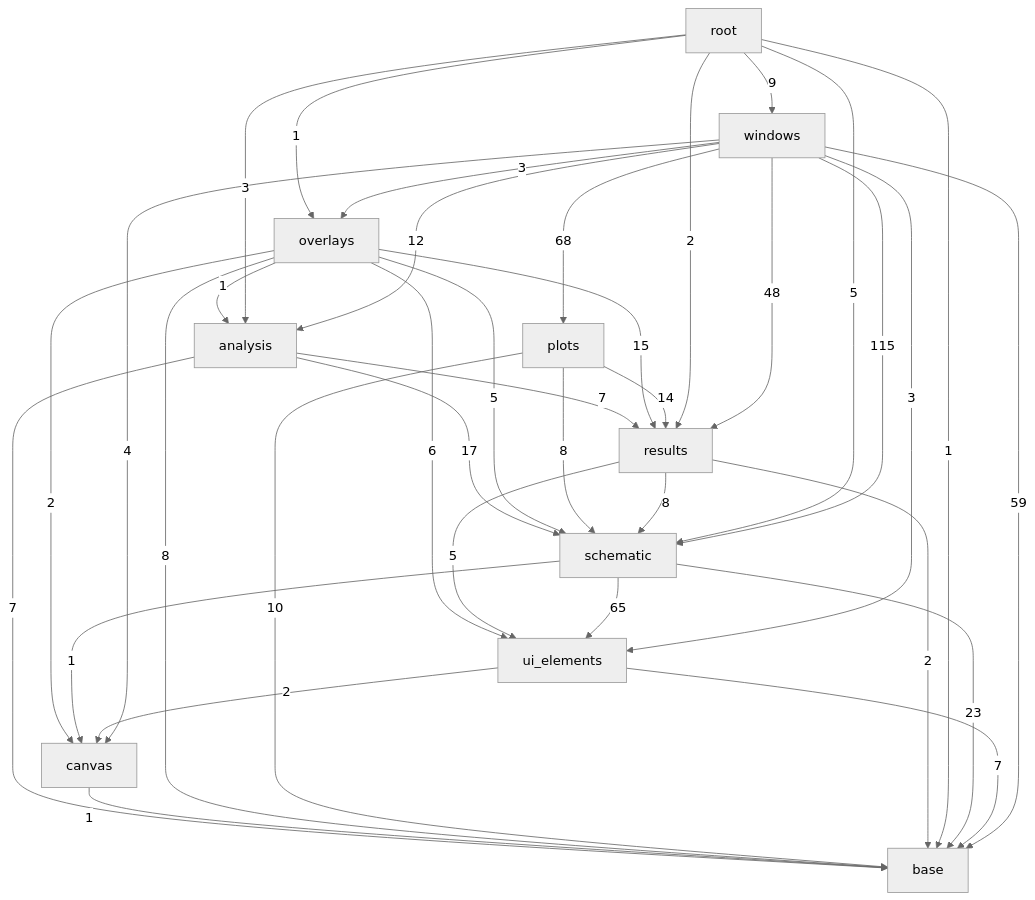
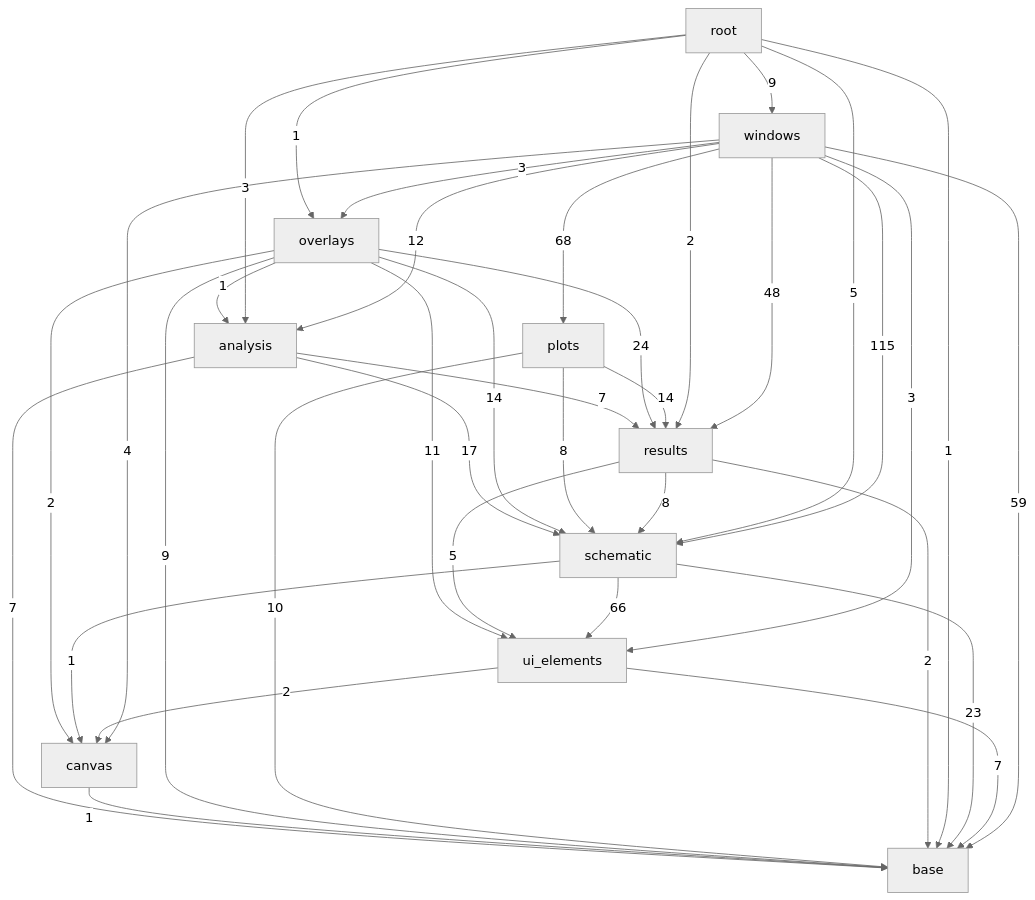
The third of 3 diagrams in docs/architecture.md (ronnymilleo/imcsim), drawn with Mermaid (neutral theme) before and after one commit. The commit also changed other lines of this file, not shown here.

Commit message:
Update the include diagram for the split overlays and symbol bases

````diff
--- a/docs/architecture.md
+++ b/docs/architecture.md
@@ -56,48 +56,48 @@
 ```mermaid
 flowchart TD
     app_gui_base[base]
     app_gui_canvas[canvas]
     app_gui_ui_elements[ui_elements]
     app_gui_schematic[schematic]
     app_gui_results[results]
     app_gui_analysis[analysis]
     app_gui_plots[plots]
     app_gui_overlays[overlays]
     app_gui_windows[windows]
     app_gui_root[root]
     app_gui_analysis -->|7| app_gui_base
     app_gui_analysis -->|7| app_gui_results
     app_gui_analysis -->|17| app_gui_schematic
     app_gui_canvas -->|1| app_gui_base
     app_gui_overlays -->|1| app_gui_analysis
-    app_gui_overlays -->|8| app_gui_base
+    app_gui_overlays -->|9| app_gui_base
     app_gui_overlays -->|2| app_gui_canvas
-    app_gui_overlays -->|15| app_gui_results
-    app_gui_overlays -->|5| app_gui_schematic
-    app_gui_overlays -->|6| app_gui_ui_elements
+    app_gui_overlays -->|24| app_gui_results
+    app_gui_overlays -->|14| app_gui_schematic
+    app_gui_overlays -->|11| app_gui_ui_elements
     app_gui_plots -->|10| app_gui_base
     app_gui_plots -->|14| app_gui_results
     app_gui_plots -->|8| app_gui_schematic
     app_gui_results -->|2| app_gui_base
     app_gui_results -->|8| app_gui_schematic
     app_gui_results -->|5| app_gui_ui_elements
     app_gui_root -->|3| app_gui_analysis
     app_gui_root -->|1| app_gui_base
     app_gui_root -->|1| app_gui_overlays
     app_gui_root -->|2| app_gui_results
     app_gui_root -->|5| app_gui_schematic
     app_gui_root -->|9| app_gui_windows
     app_gui_schematic -->|23| app_gui_base
     app_gui_schematic -->|1| app_gui_canvas
-    app_gui_schematic -->|65| app_gui_ui_elements
+    app_gui_schematic -->|66| app_gui_ui_elements
     app_gui_ui_elements -->|7| app_gui_base
     app_gui_ui_elements -->|2| app_gui_canvas
     app_gui_windows -->|12| app_gui_analysis
     app_gui_windows -->|59| app_gui_base
     app_gui_windows -->|4| app_gui_canvas
     app_gui_windows -->|3| app_gui_overlays
     app_gui_windows -->|68| app_gui_plots
     app_gui_windows -->|48| app_gui_results
     app_gui_windows -->|115| app_gui_schematic
     app_gui_windows -->|3| app_gui_ui_elements
 ```
````
